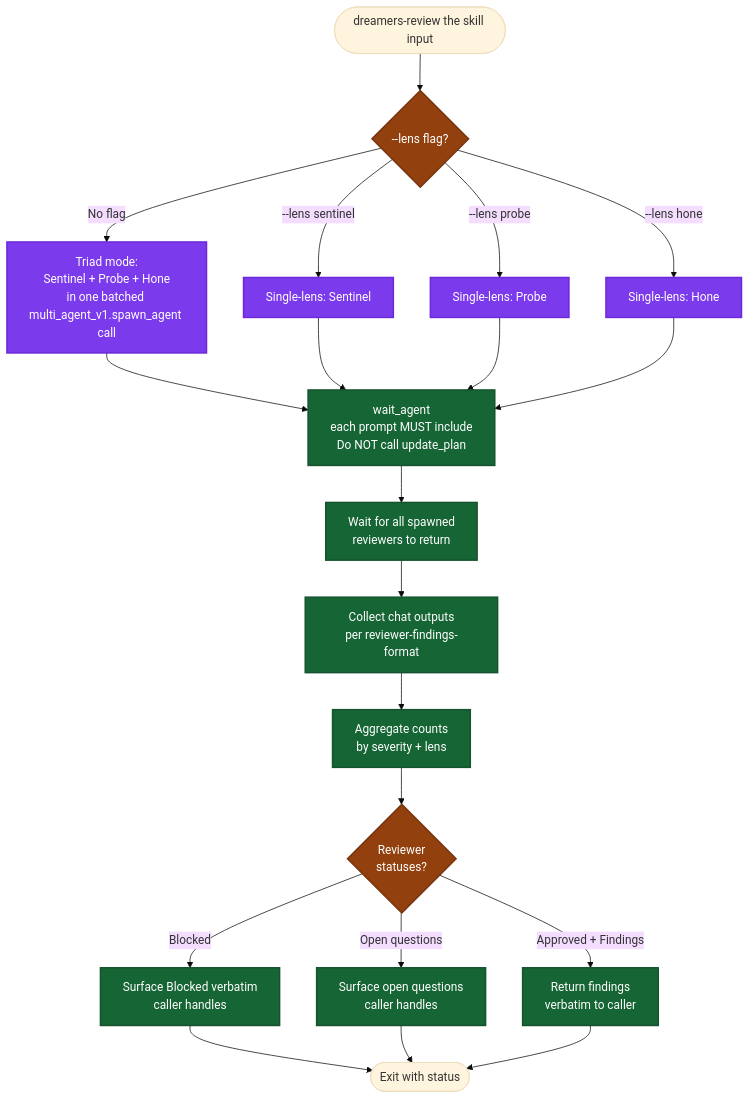
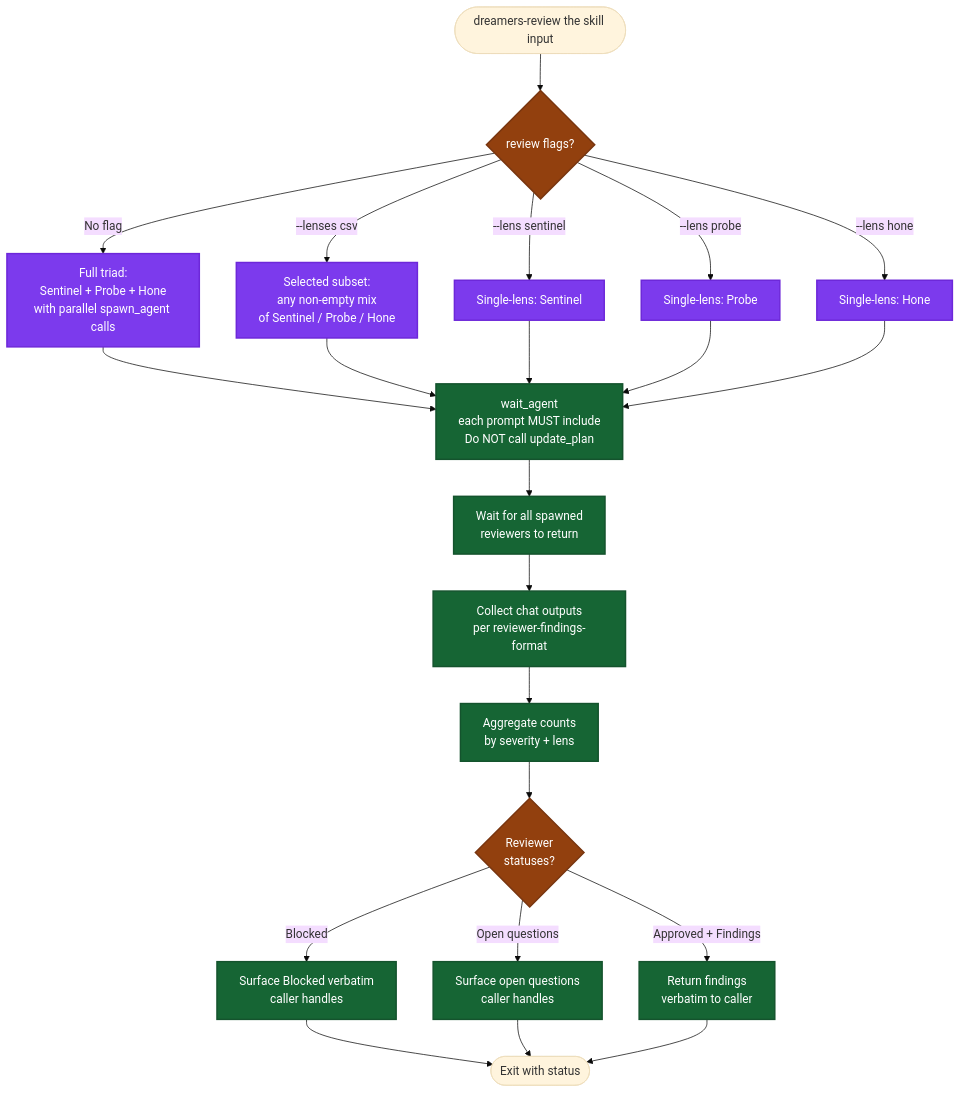
One commit to mrStorrs/dreamers-codex changed the diagram in skills/dreamers-review/readme.md. Above: the diagram before and after it, drawn with Mermaid (base theme). The commit also changed other lines of this file and 7 other files, not shown here.

````diff
--- a/skills/dreamers-review/readme.md
+++ b/skills/dreamers-review/readme.md
@@ -5,35 +5,37 @@
 ```mermaid
 flowchart TD
-    Start(["dreamers-review the skill input"]) --> ModeCheck{"--lens flag?"}
+    Start(["dreamers-review the skill input"]) --> ModeCheck{"review flags?"}
 
-    ModeCheck -->|No flag| Triad["Triad mode:<br/>Sentinel + Probe + Hone<br/>in one batched multi_agent_v1.spawn_agent call"]
+    ModeCheck -->|No flag| Triad["Full triad:<br/>Sentinel + Probe + Hone<br/>with parallel spawn_agent calls"]
+    ModeCheck -->|--lenses csv| Selected["Selected subset:<br/>any non-empty mix<br/>of Sentinel / Probe / Hone"]
     ModeCheck -->|--lens sentinel| LensS["Single-lens: Sentinel"]
     ModeCheck -->|--lens probe| LensP["Single-lens: Probe"]
     ModeCheck -->|--lens hone| LensH["Single-lens: Hone"]
 
     Triad --> Spawn["wait_agent<br/>each prompt MUST include<br/>Do NOT call update_plan"]
+    Selected --> Spawn
     LensS --> Spawn
     LensP --> Spawn
     LensH --> Spawn
 
     Spawn --> Wait["Wait for all spawned<br/>reviewers to return"]
     Wait --> Collect["Collect chat outputs<br/>per reviewer-findings-format"]
     Collect --> Aggregate["Aggregate counts<br/>by severity + lens"]
     Aggregate --> CheckStatus{"Reviewer<br/>statuses?"}
 
     CheckStatus -->|Blocked| Surface1["Surface Blocked verbatim<br/>caller handles"]
     CheckStatus -->|Open questions| Surface2["Surface open questions<br/>caller handles"]
     CheckStatus -->|Approved + Findings| Report["Return findings<br/>verbatim to caller"]
 
     Surface1 --> End(["Exit with status"])
     Surface2 --> End
     Report --> End
 
     classDef gate fill:#92400e,stroke:#78350f,stroke-width:2px,color:#fff
     classDef phase fill:#166534,stroke:#14532d,stroke-width:2px,color:#fff
     classDef agent fill:#7c3aed,stroke:#6d28d9,stroke-width:2px,color:#fff
 
     class ModeCheck,CheckStatus gate
-    class Triad,LensS,LensP,LensH agent
+    class Triad,Selected,LensS,LensP,LensH agent
     class Spawn,Wait,Collect,Aggregate,Surface1,Surface2,Report phase
 ```
````
